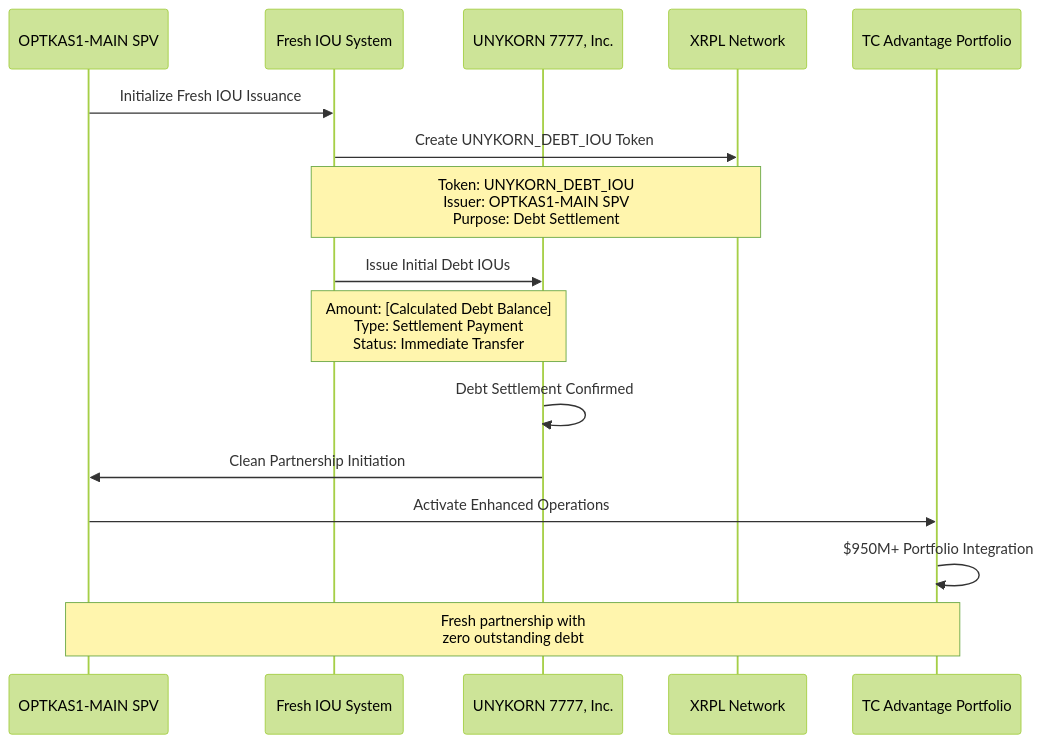
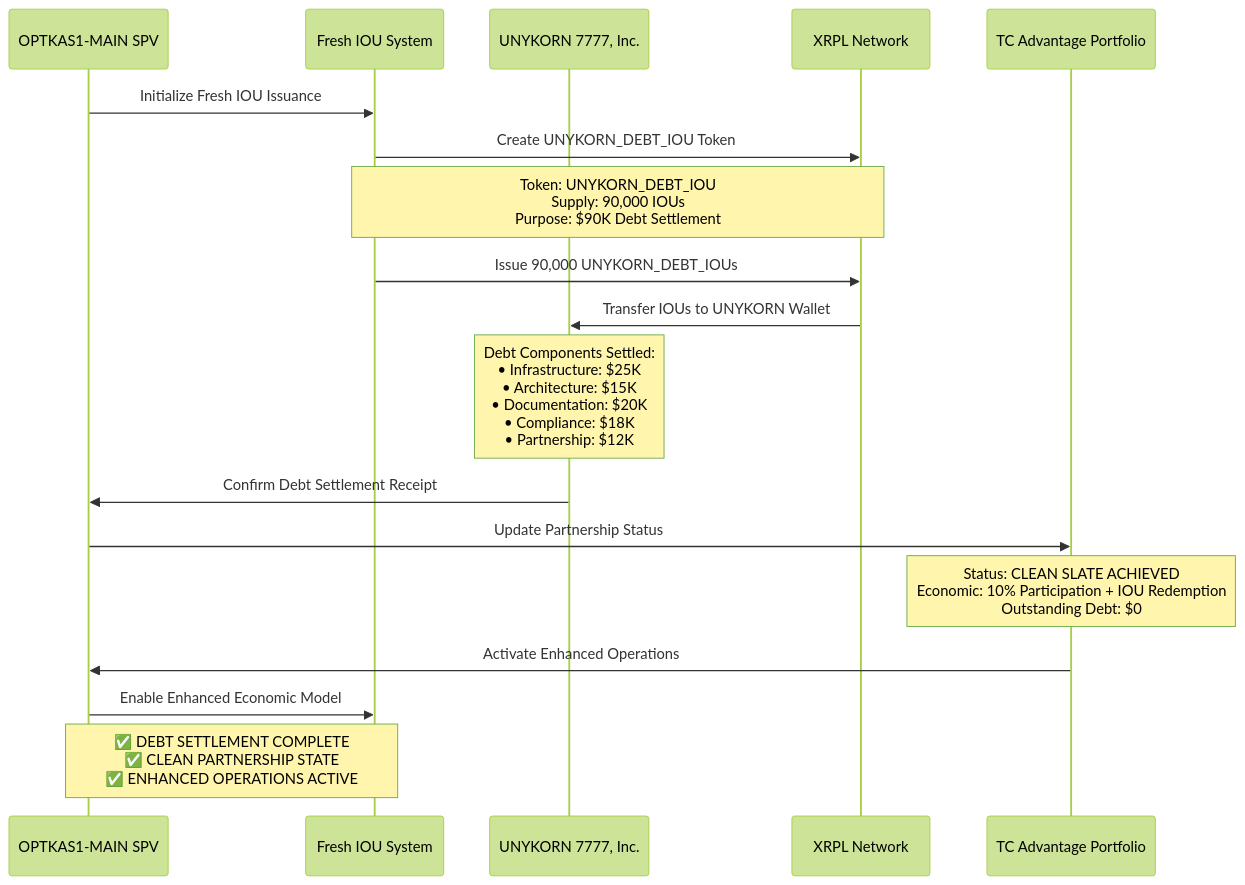
One commit to unykornai/TC changed the third of 15 diagrams in TC_REPOSITORY_UPGRADE_v2.md. Above: the diagram before and after it, drawn with Mermaid (forest theme). The commit also changed other lines of this file, not shown here.

````diff
--- a/TC_REPOSITORY_UPGRADE_v2.md
+++ b/TC_REPOSITORY_UPGRADE_v2.md
@@ -50,23 +90,24 @@
 ```mermaid
 sequenceDiagram
     participant O as OPTKAS1-MAIN SPV
     participant I as Fresh IOU System
     participant U as UNYKORN 7777, Inc.
     participant X as XRPL Network
     participant T as TC Advantage Portfolio
     
     O->>I: Initialize Fresh IOU Issuance
     I->>X: Create UNYKORN_DEBT_IOU Token
-    Note over I,X: Token: UNYKORN_DEBT_IOU<br/>Issuer: OPTKAS1-MAIN SPV<br/>Purpose: Debt Settlement
+    Note over I,X: Token: UNYKORN_DEBT_IOU<br/>Supply: 90,000 IOUs<br/>Purpose: $90K Debt Settlement
     
-    I->>U: Issue Initial Debt IOUs
-    Note over I,U: Amount: [Calculated Debt Balance]<br/>Type: Settlement Payment<br/>Status: Immediate Transfer
+    I->>X: Issue 90,000 UNYKORN_DEBT_IOUs
+    X->>U: Transfer IOUs to UNYKORN Wallet
+    Note over U: Debt Components Settled:<br/>• Infrastructure: $25K<br/>• Architecture: $15K<br/>• Documentation: $20K<br/>• Compliance: $18K<br/>• Partnership: $12K
     
-    U->>U: Debt Settlement Confirmed
-    U->>O: Clean Partnership Initiation
+    U->>O: Confirm Debt Settlement Receipt
+    O->>T: Update Partnership Status
+    Note over T: Status: CLEAN SLATE ACHIEVED<br/>Economic: 10% Participation + IOU Redemption<br/>Outstanding Debt: $0
     
-    O->>T: Activate Enhanced Operations
-    T->>T: $950M+ Portfolio Integration
-    
-    Note over O,T: Fresh partnership with<br/>zero outstanding debt
+    T->>O: Activate Enhanced Operations
+    O->>I: Enable Enhanced Economic Model
+    Note over O,I: ✅ DEBT SETTLEMENT COMPLETE<br/>✅ CLEAN PARTNERSHIP STATE<br/>✅ ENHANCED OPERATIONS ACTIVE
 ```
````
